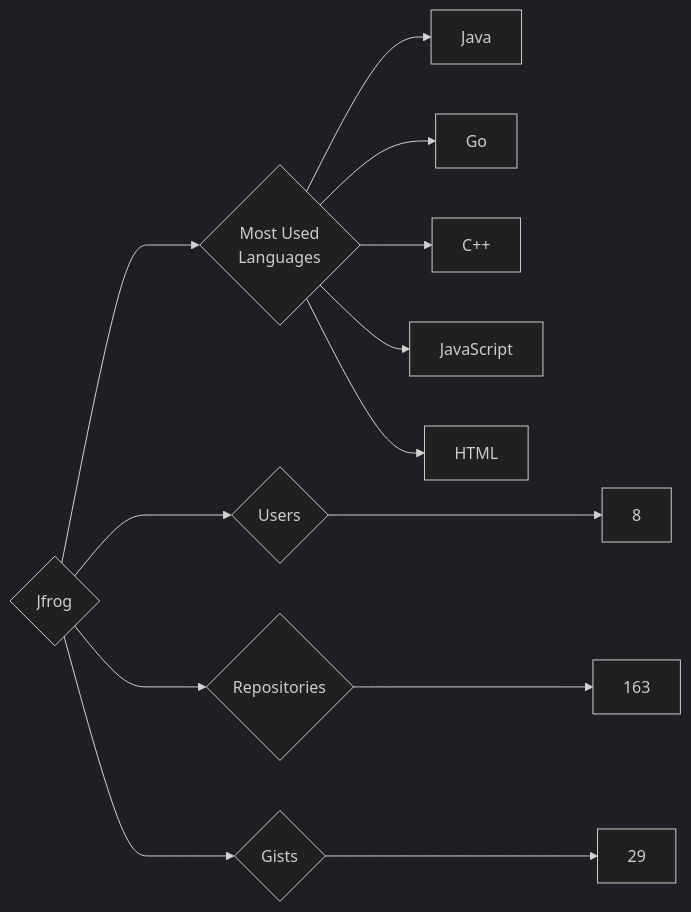
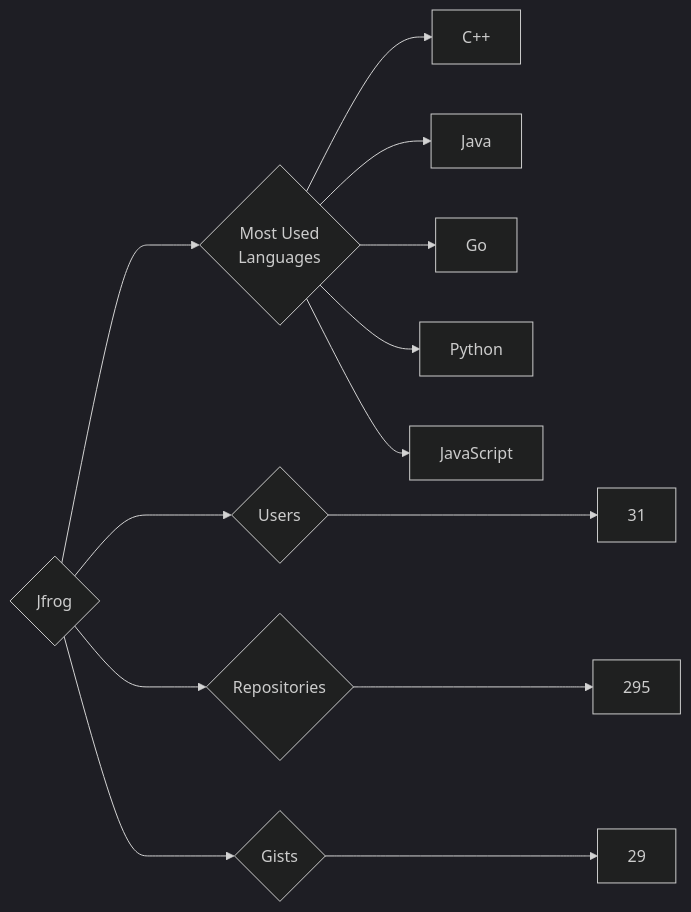
One commit to trickest/insiders changed the diagram in targets/Jfrog/README.md. Above: the diagram before and after it, drawn with Mermaid (dark theme). The commit also changed 639 other files, not shown here.

````diff
--- a/targets/Jfrog/README.md
+++ b/targets/Jfrog/README.md
@@ -3,13 +3,13 @@
 ```mermaid
 graph LR
 COMPANY_NAME{Jfrog}
-COMPANY_NAME ---> U{Users} ---> UN[8]
-COMPANY_NAME ---> R{Repositories} ---> RN[163]
+COMPANY_NAME ---> U{Users} ---> UN[31]
+COMPANY_NAME ---> R{Repositories} ---> RN[295]
 COMPANY_NAME ---> G{Gists} ---> GN[29]
 COMPANY_NAME ---> ML{Most Used<br>Languages}
+ML --> C++[C++]
 ML --> Java[Java]
 ML --> Go[Go]
-ML --> C++[C++]
+ML --> Python[Python]
 ML --> JavaScript[JavaScript]
-ML --> HTML[HTML]
 ```
````
